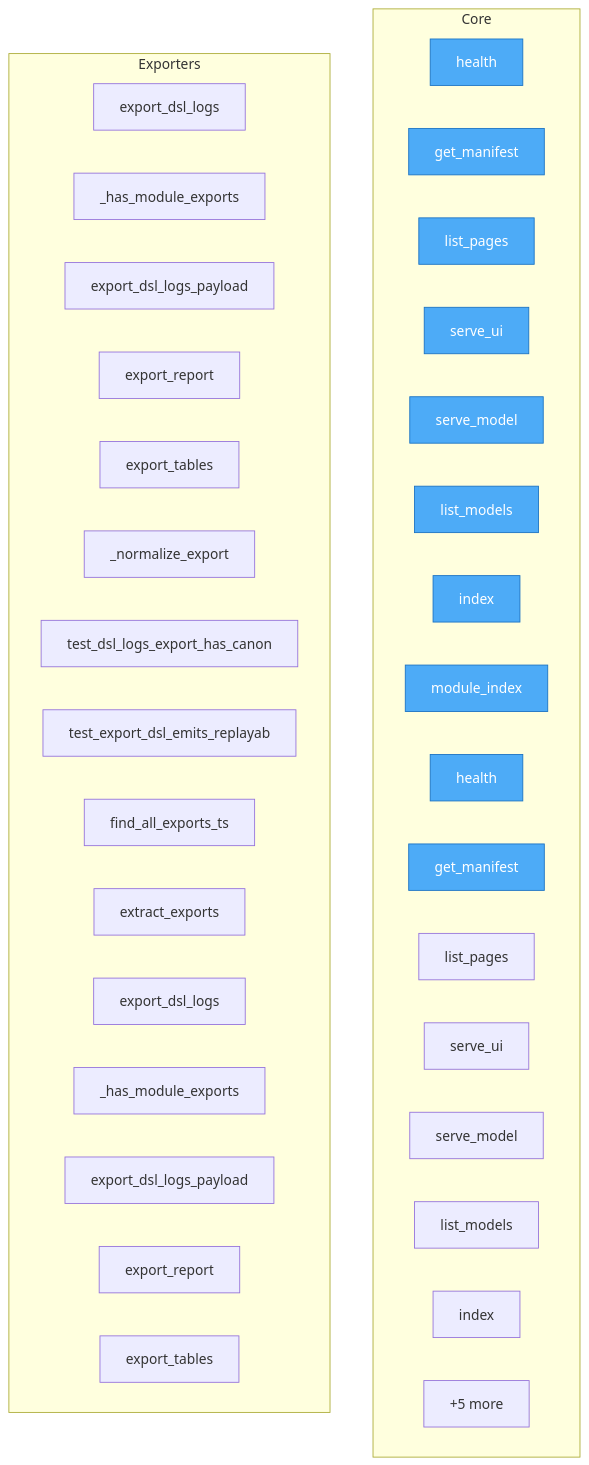
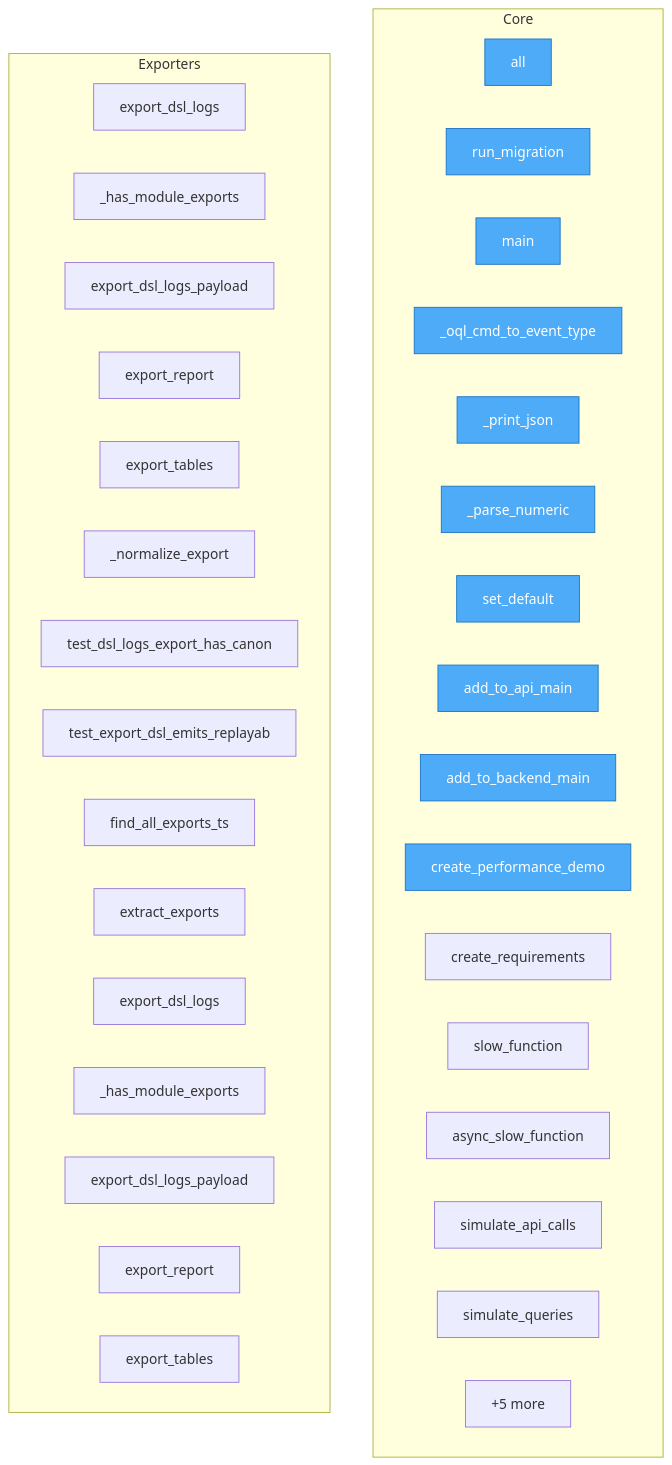
Before and after one commit to semcod/resplit: the diagram in project/flow.mmd, drawn with Mermaid. The commit also changed 32 other files, not shown here.

```diff
--- a/project/flow.mmd
+++ b/project/flow.mmd
@@ -1,44 +1,44 @@
 flowchart TD
 
     %% Entry points (blue)
     classDef entry fill:#4dabf7,stroke:#1971c2,color:#fff
 
     subgraph Core
-        restored_c2004_health__api_health__backend__modules__connect_config_network__api__main__health["health"]
-        restored_c2004_health__api_health__backend__modules__connect_config_network__api__main__get_manifest["get_manifest"]
-        restored_c2004_health__api_health__backend__modules__connect_config_network__api__main__list_pages["list_pages"]
-        restored_c2004_health__api_health__backend__modules__connect_config_network__api__main__serve_ui["serve_ui"]
-        restored_c2004_health__api_health__backend__modules__connect_config_network__api__main__serve_model["serve_model"]
-        restored_c2004_health__api_health__backend__modules__connect_config_network__api__main__list_models["list_models"]
-        restored_c2004_health__api_health__backend__modules__connect_config_network__api__main__index["index"]
-        restored_c2004_health__api_health__backend__modules__connect_config_network__api__main__module_index["module_index"]
-        restored_c2004_health__api_health__backend__modules__connect_id_user_list__api__main__health["health"]
-        restored_c2004_health__api_health__backend__modules__connect_id_user_list__api__main__get_manifest["get_manifest"]
-        restored_c2004_health__api_health__backend__modules__connect_id_user_list__api__main__list_pages["list_pages"]
-        restored_c2004_health__api_health__backend__modules__connect_id_user_list__api__main__serve_ui["serve_ui"]
-        restored_c2004_health__api_health__backend__modules__connect_id_user_list__api__main__serve_model["serve_model"]
-        restored_c2004_health__api_health__backend__modules__connect_id_user_list__api__main__list_models["list_models"]
-        restored_c2004_health__api_health__backend__modules__connect_id_user_list__api__main__index["index"]
-        ...["+5443 more"]
+        SUMD__all["all"]
+        SUMD__run_migration["run_migration"]
+        SUMD__main["main"]
+        SUMD___oql_cmd_to_event_type["_oql_cmd_to_event_type"]
+        SUMD___print_json["_print_json"]
+        SUMD___parse_numeric["_parse_numeric"]
+        SUMD__set_default["set_default"]
+        SUMD__add_to_api_main["add_to_api_main"]
+        SUMD__add_to_backend_main["add_to_backend_main"]
+        SUMD__create_performance_demo["create_performance_demo"]
+        SUMD__create_requirements["create_requirements"]
+        SUMD__slow_function["slow_function"]
+        SUMD__async_slow_function["async_slow_function"]
+        SUMD__simulate_api_calls["simulate_api_calls"]
+        SUMD__simulate_queries["simulate_queries"]
+        ...["+5493 more"]
     end
 
     subgraph Exporters
         SUMD__export_dsl_logs["export_dsl_logs"]
         SUMD___has_module_exports["_has_module_exports"]
         SUMD__export_dsl_logs_payload["export_dsl_logs_payload"]
         SUMD__export_report["export_report"]
         SUMD__export_tables["export_tables"]
         SUMD___normalize_export["_normalize_export"]
         SUMD__test_dsl_logs_export_has_canonical_logs_route_and_dsl_alias["test_dsl_logs_export_has_canon"]
         SUMD__test_export_dsl_emits_replayable_api_lines_and_comments_unknown_entries["test_export_dsl_emits_replayab"]
         SUMD__find_all_exports_ts["find_all_exports_ts"]
         SUMD__extract_exports["extract_exports"]
         project__map__toon__export_dsl_logs["export_dsl_logs"]
         project__map__toon___has_module_exports["_has_module_exports"]
         project__map__toon__export_dsl_logs_payload["export_dsl_logs_payload"]
         project__map__toon__export_report["export_report"]
         project__map__toon__export_tables["export_tables"]
         ...["+5 more"]
     end
 
-    class restored_c2004_health__api_health__backend__modules__connect_config_network__api__main__health,restored_c2004_health__api_health__backend__modules__connect_config_network__api__main__get_manifest,restored_c2004_health__api_health__backend__modules__connect_config_network__api__main__list_pages,restored_c2004_health__api_health__backend__modules__connect_config_network__api__main__serve_ui,restored_c2004_health__api_health__backend__modules__connect_config_network__api__main__serve_model,restored_c2004_health__api_health__backend__modules__connect_config_network__api__main__list_models,restored_c2004_health__api_health__backend__modules__connect_config_network__api__main__index,restored_c2004_health__api_health__backend__modules__connect_config_network__api__main__module_index,restored_c2004_health__api_health__backend__modules__connect_id_user_list__api__main__health,restored_c2004_health__api_health__backend__modules__connect_id_user_list__api__main__get_manifest entry
+    class SUMD__all,SUMD__run_migration,SUMD__main,SUMD___oql_cmd_to_event_type,SUMD___print_json,SUMD___parse_numeric,SUMD__set_default,SUMD__add_to_api_main,SUMD__add_to_backend_main,SUMD__create_performance_demo entry
```
